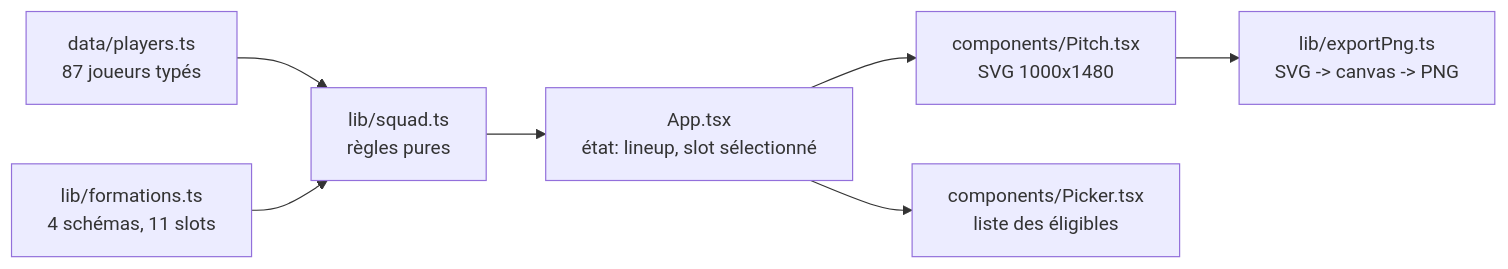
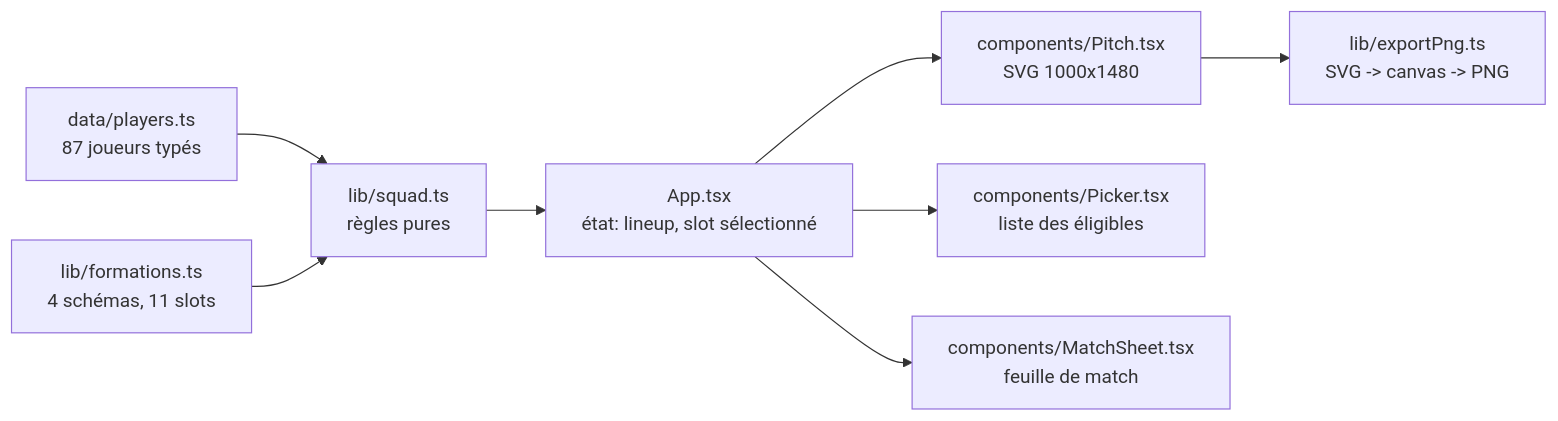
The diagram in docs/ARCHITECTURE.md (theondank/psg-xi), drawn with Mermaid before and after one commit. The commit also changed other lines of this file and 17 other files, not shown here.

````diff
--- a/docs/ARCHITECTURE.md
+++ b/docs/ARCHITECTURE.md
@@ -9,9 +9,10 @@
 ```mermaid
 flowchart LR
   A["data/players.ts<br/>87 joueurs typés"] --> B["lib/squad.ts<br/>règles pures"]
   C["lib/formations.ts<br/>4 schémas, 11 slots"] --> B
   B --> D["App.tsx<br/>état: lineup, slot sélectionné"]
   D --> E["components/Pitch.tsx<br/>SVG 1000x1480"]
   D --> F["components/Picker.tsx<br/>liste des éligibles"]
+  D --> H["components/MatchSheet.tsx<br/>feuille de match"]
   E --> G["lib/exportPng.ts<br/>SVG -> canvas -> PNG"]
 ```
````
